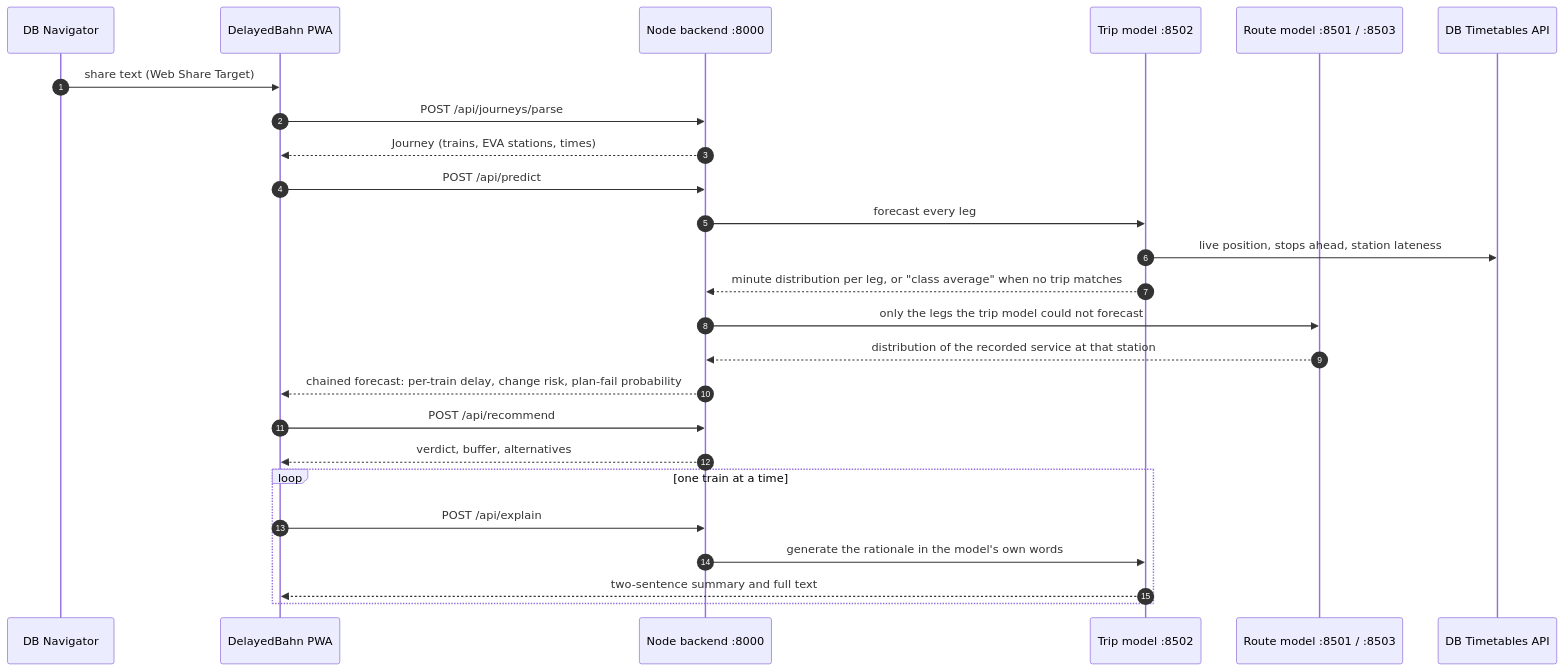
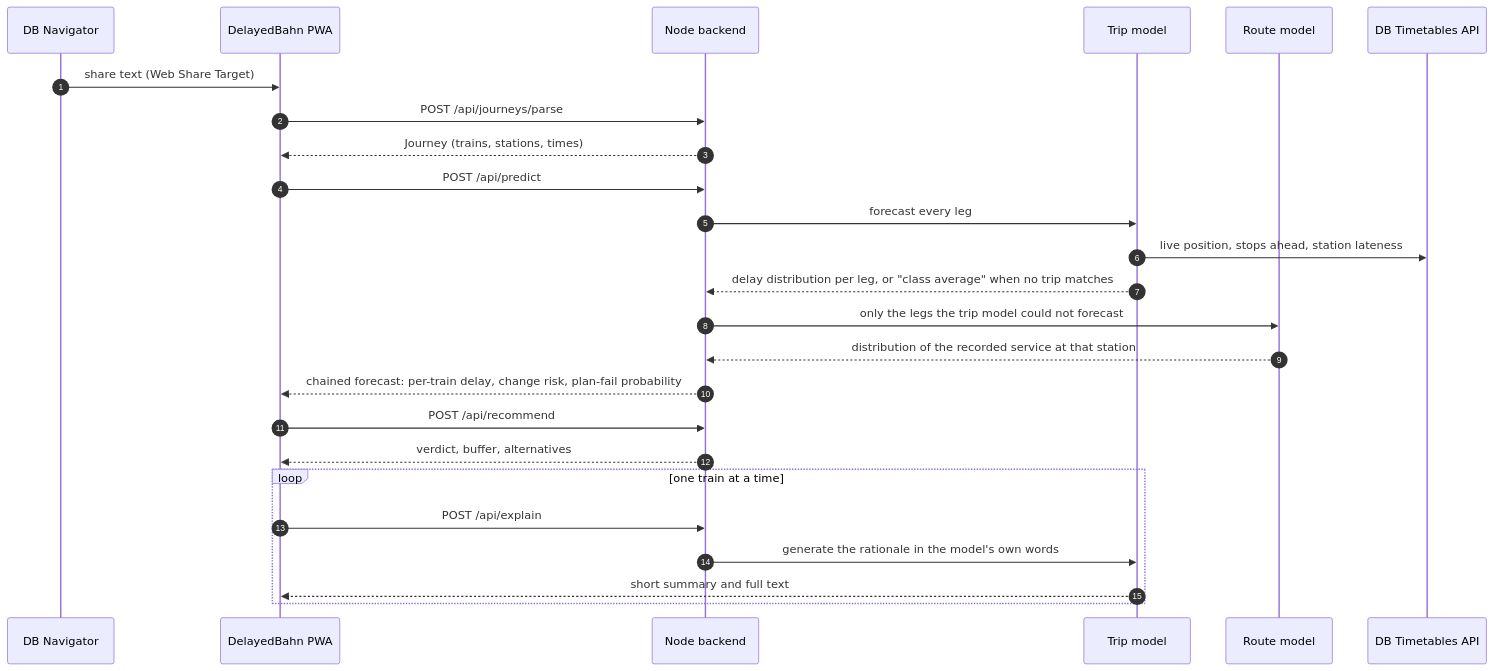
One commit to KiraKami-dev/delayed_bahn changed the first of 3 diagrams in README.md. Above: the diagram before and after it, drawn with Mermaid. The commit also changed other lines of this file and 9 other files, not shown here.

````diff
--- a/README.md
+++ b/README.md
@@ -72,28 +69,28 @@
 ```mermaid
 sequenceDiagram
   autonumber
   participant DB as DB Navigator
   participant App as DelayedBahn PWA
-  participant BE as Node backend :8000
-  participant Trip as Trip model :8502
-  participant Route as Route model :8501 / :8503
+  participant BE as Node backend
+  participant Trip as Trip model
+  participant Route as Route model
   participant API as DB Timetables API
 
   DB->>App: share text (Web Share Target)
   App->>BE: POST /api/journeys/parse
-  BE-->>App: Journey (trains, EVA stations, times)
+  BE-->>App: Journey (trains, stations, times)
   App->>BE: POST /api/predict
   BE->>Trip: forecast every leg
   Trip->>API: live position, stops ahead, station lateness
-  Trip-->>BE: minute distribution per leg, or "class average" when no trip matches
+  Trip-->>BE: delay distribution per leg, or "class average" when no trip matches
   BE->>Route: only the legs the trip model could not forecast
   Route-->>BE: distribution of the recorded service at that station
   BE-->>App: chained forecast: per-train delay, change risk, plan-fail probability
   App->>BE: POST /api/recommend
   BE-->>App: verdict, buffer, alternatives
   loop one train at a time
     App->>BE: POST /api/explain
     BE->>Trip: generate the rationale in the model's own words
-    Trip-->>App: two-sentence summary and full text
+    Trip-->>App: short summary and full text
   end
 ```
````
